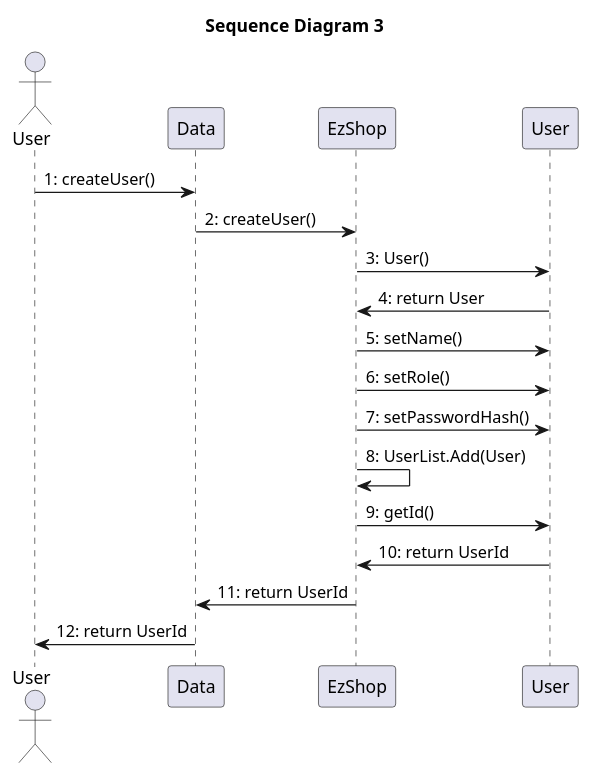
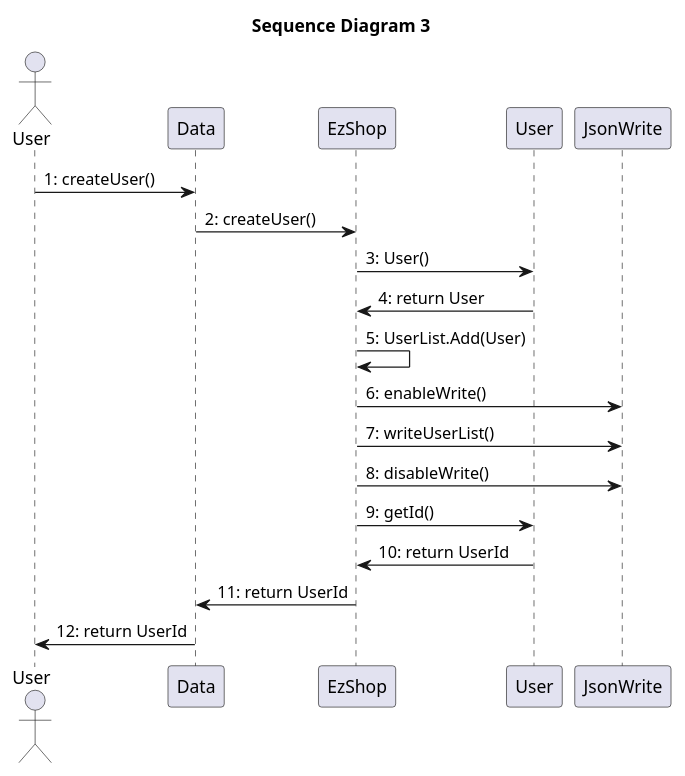
The fifth of 15 diagrams in Deliverables/DesignDocument.md (paolotron/EzshoProject31), drawn with PlantUML before and after one commit. The commit also changed other lines of this file, not shown here.

````diff
--- a/Deliverables/DesignDocument.md
+++ b/Deliverables/DesignDocument.md
@@ -348,22 +345,23 @@
 ``` plantuml
 @startuml
 title "Sequence Diagram 3"
 actor User as U1
 participant Data
 participant EzShop
 participant User as U2
+participant JsonWrite as JW
 
 U1->Data: 1: createUser()
 Data->EzShop: 2: createUser()
 EzShop->U2: 3: User()
 U2->EzShop: 4: return User
-EzShop->U2: 5: setName()
-EzShop->U2: 6: setRole()
-EzShop->U2: 7: setPasswordHash()
-EzShop->EzShop: 8: UserList.Add(User)
+EzShop->EzShop: 5: UserList.Add(User)
+EzShop -> JW: 6: enableWrite()
+EzShop -> JW: 7: writeUserList()
+EzShop -> JW: 8: disableWrite()
 EzShop->U2: 9: getId()
 U2->EzShop: 10: return UserId
 EzShop->Data: 11: return UserId
 Data->U1: 12: return UserId
 @enduml
 ```
````
